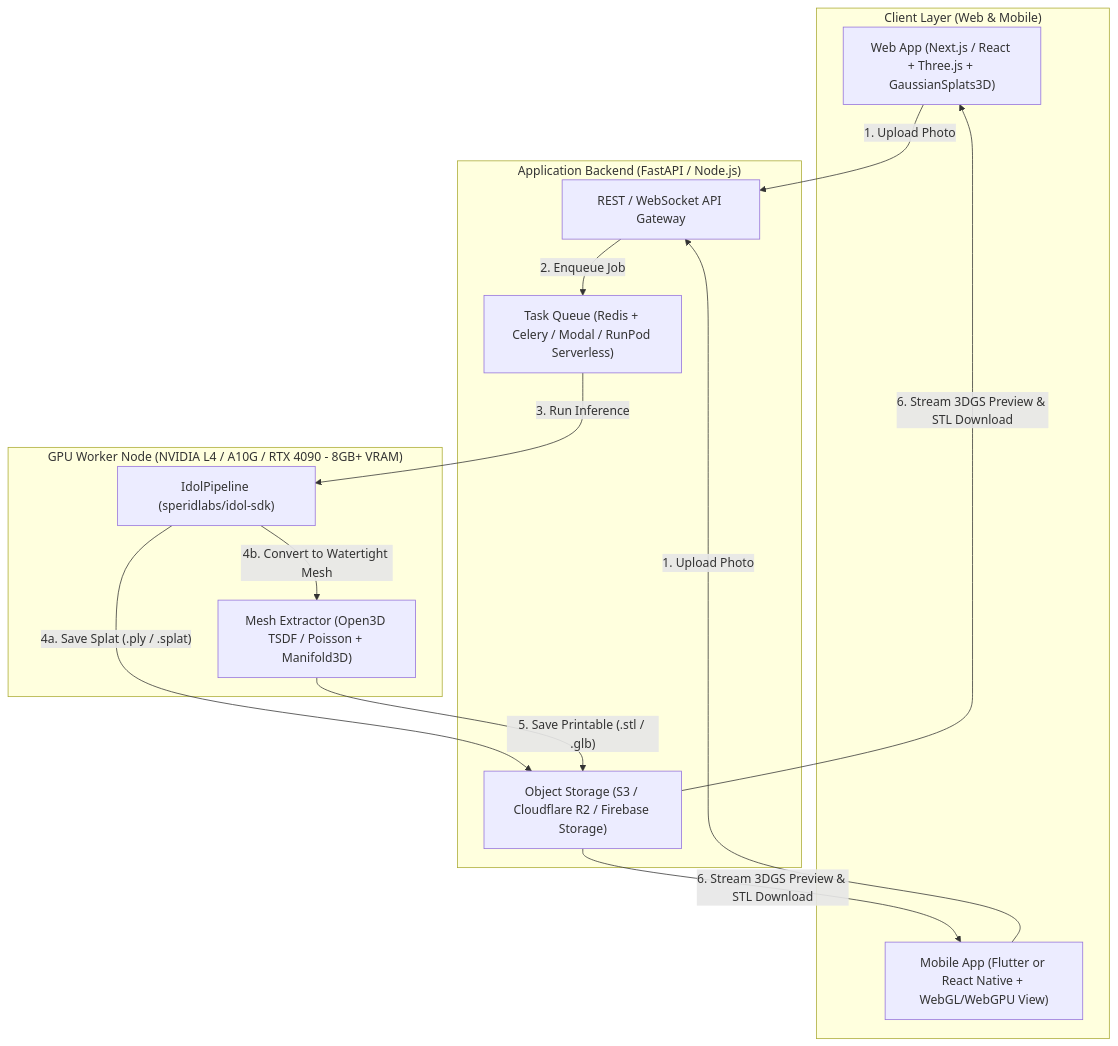
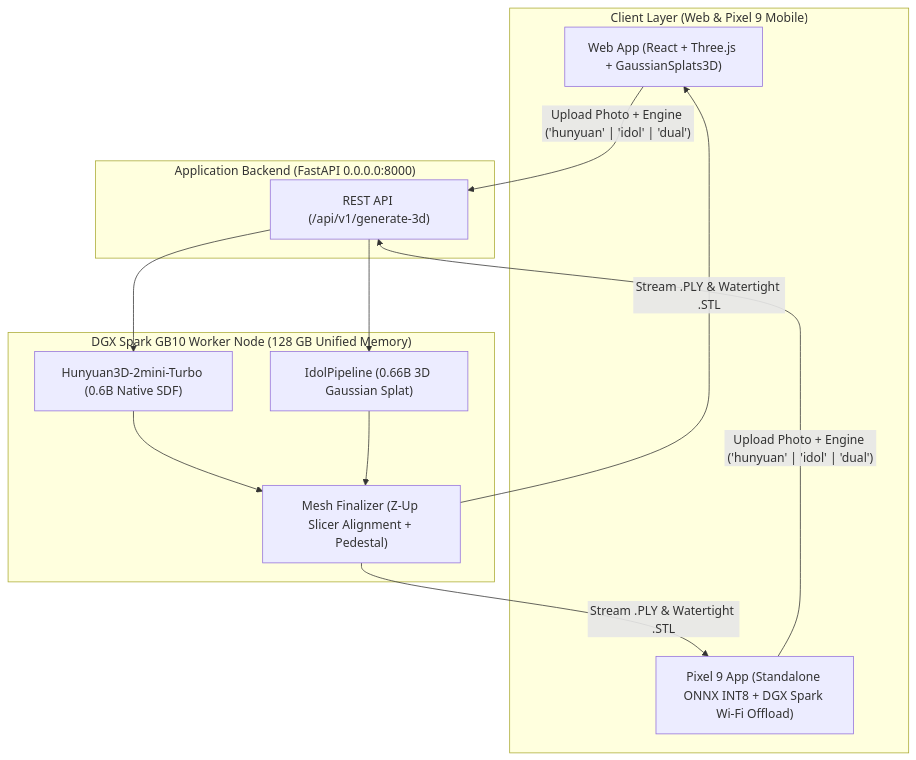
One commit to weidu-tpvision/image-to-3d-studio changed the third of 3 diagrams in IMAGE_TO_3D_APP_GUIDE.md. Above: the diagram before and after it, drawn with Mermaid. The commit also changed other lines of this file and 7 other files, not shown here.

Commit message:
Add Hunyuan3D-2mini-Turbo (0.6B) native SDF engine, Dual Mode, and Pixel 9 standalone ONNX guide

````diff
--- a/IMAGE_TO_3D_APP_GUIDE.md
+++ b/IMAGE_TO_3D_APP_GUIDE.md
@@ -118,26 +182,22 @@
 ```mermaid
 flowchart TB
-    subgraph Clients["Client Layer (Web & Mobile)"]
-        W["Web App (Next.js / React + Three.js + GaussianSplats3D)"]
-        M["Mobile App (Flutter or React Native + WebGL/WebGPU View)"]
+    subgraph Clients["Client Layer (Web & Pixel 9 Mobile)"]
+        W["Web App (React + Three.js + GaussianSplats3D)"]
+        M["Pixel 9 App (Standalone ONNX INT8 + DGX Spark Wi-Fi Offload)"]
     end
 
-    subgraph API["Application Backend (FastAPI / Node.js)"]
-        GW["REST / WebSocket API Gateway"]
-        Q["Task Queue (Redis + Celery / Modal / RunPod Serverless)"]
-        S3["Object Storage (S3 / Cloudflare R2 / Firebase Storage)"]
+    subgraph API["Application Backend (FastAPI 0.0.0.0:8000)"]
+        GW["REST API (/api/v1/generate-3d)"]
     end
 
-    subgraph GPU["GPU Worker Node (NVIDIA L4 / A10G / RTX 4090 - 8GB+ VRAM)"]
-        IDOL["IdolPipeline (speridlabs/idol-sdk)"]
-        MESH["Mesh Extractor (Open3D TSDF / Poisson + Manifold3D)"]
+    subgraph GPU["DGX Spark GB10 Worker Node (128 GB Unified Memory)"]
+        HY["Hunyuan3D-2mini-Turbo (0.6B Native SDF)"]
+        IDOL["IdolPipeline (0.66B 3D Gaussian Splat)"]
+        MESH["Mesh Finalizer (Z-Up Slicer Alignment + Pedestal)"]
     end
 
-    W & M -->|"1. Upload Photo"| GW
-    GW -->|"2. Enqueue Job"| Q
-    Q -->|"3. Run Inference"| IDOL
-    IDOL -->|"4a. Save Splat (.ply / .splat)"| S3
-    IDOL -->|"4b. Convert to Watertight Mesh"| MESH
-    MESH -->|"5. Save Printable (.stl / .glb)"| S3
-    S3 -->|"6. Stream 3DGS Preview & STL Download"| W & M
+    W & M -->|"Upload Photo + Engine ('hunyuan' | 'idol' | 'dual')"| GW
+    GW --> HY & IDOL
+    HY & IDOL --> MESH
+    MESH -->|"Stream .PLY & Watertight .STL"| W & M
 ```
````
